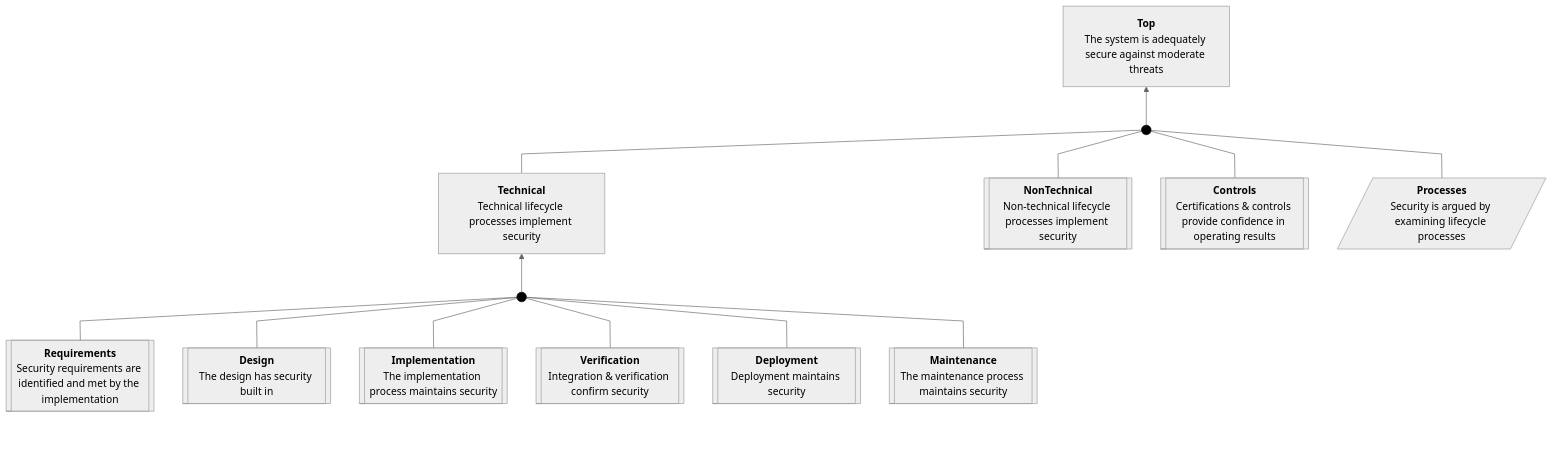
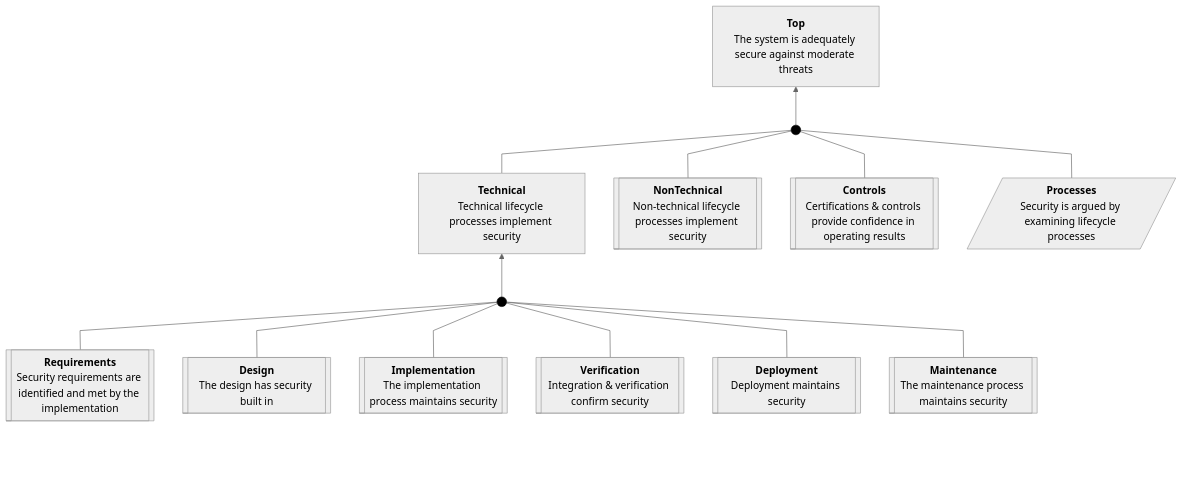
The diagram in tests/fixtures/badgeapp-top.sacm.mermaid.expected.md (david-a-wheeler/verocase), drawn with Mermaid before and after one commit. The commit also changed 8 other files, not shown here.

First line of the commit message:
Fix GSN side-by-side rendering and use per-leaf BottomPadding nodes

````diff
--- a/tests/fixtures/badgeapp-top.sacm.mermaid.expected.md
+++ b/tests/fixtures/badgeapp-top.sacm.mermaid.expected.md
@@ -1,63 +1,63 @@
 ```mermaid
 ---
 config:
   theme: neutral
   flowchart:
     curve: linear
     htmlLabels: true
     rankSpacing: 60
     nodeSpacing: 45
     padding: 15
 ---
 flowchart BT
     classDef invisible opacity:0
     classDef sacmDot fill:#000,stroke:#000
     classDef connector fill:none,stroke:#cccccc,stroke-width:1px;
     classDef abstractClaim stroke-width:2px,stroke-dasharray: 5 5;
     Top["<b>Top</b><br>The system is adequately secure against moderate threats"]
     Processes[/"<b>Processes</b><br>Security is argued by examining lifecycle processes"/]
     Technical["<b>Technical</b><br>Technical lifecycle processes implement security"]
     NonTechnical[["<b>NonTechnical</b><br>Non-technical lifecycle processes implement security"]]
     Controls[["<b>Controls</b><br>Certifications & controls provide confidence in operating results"]]
     Requirements[["<b>Requirements</b><br>Security requirements are identified and met by the implementation"]]
     Design[["<b>Design</b><br>The design has security built in"]]
     Implementation[["<b>Implementation</b><br>The implementation process maintains security"]]
     Verification[["<b>Verification</b><br>Integration & verification confirm security"]]
     Deployment[["<b>Deployment</b><br>Deployment maintains security"]]
     Maintenance[["<b>Maintenance</b><br>The maintenance process maintains security"]]
     Dot1((" ")):::sacmDot
     Dot2((" ")):::sacmDot
     click Top "https://github.com/david-a-wheeler/verocase/blob/main/tests/fixtures/badgeapp-top.sacm.mermaid.expected.md#claim-top"
     click Processes "https://github.com/david-a-wheeler/verocase/blob/main/tests/fixtures/badgeapp-top.sacm.mermaid.expected.md#strategy-processes"
     click Technical "https://github.com/david-a-wheeler/verocase/blob/main/tests/fixtures/badgeapp-top.sacm.mermaid.expected.md#claim-technical"
     click NonTechnical "https://github.com/david-a-wheeler/verocase/blob/main/tests/fixtures/badgeapp-top.sacm.mermaid.expected.md#package-nontechnical"
     click Controls "https://github.com/david-a-wheeler/verocase/blob/main/tests/fixtures/badgeapp-top.sacm.mermaid.expected.md#package-controls"
     click Requirements "https://github.com/david-a-wheeler/verocase/blob/main/tests/fixtures/badgeapp-top.sacm.mermaid.expected.md#package-requirements"
     click Design "https://github.com/david-a-wheeler/verocase/blob/main/tests/fixtures/badgeapp-top.sacm.mermaid.expected.md#package-design"
     click Implementation "https://github.com/david-a-wheeler/verocase/blob/main/tests/fixtures/badgeapp-top.sacm.mermaid.expected.md#package-implementation"
     click Verification "https://github.com/david-a-wheeler/verocase/blob/main/tests/fixtures/badgeapp-top.sacm.mermaid.expected.md#package-verification"
     click Deployment "https://github.com/david-a-wheeler/verocase/blob/main/tests/fixtures/badgeapp-top.sacm.mermaid.expected.md#package-deployment"
     click Maintenance "https://github.com/david-a-wheeler/verocase/blob/main/tests/fixtures/badgeapp-top.sacm.mermaid.expected.md#package-maintenance"
 
-    BottomPadding[ ]:::invisible ~~~ Processes
-    BottomPadding ~~~ NonTechnical
-    BottomPadding ~~~ Controls
-    BottomPadding ~~~ Requirements
-    BottomPadding ~~~ Design
-    BottomPadding ~~~ Implementation
-    BottomPadding ~~~ Verification
-    BottomPadding ~~~ Deployment
-    BottomPadding ~~~ Maintenance
+    BottomPadding1[ ]:::invisible ~~~ Processes
+    BottomPadding2[ ]:::invisible ~~~ NonTechnical
+    BottomPadding3[ ]:::invisible ~~~ Controls
+    BottomPadding4[ ]:::invisible ~~~ Requirements
+    BottomPadding5[ ]:::invisible ~~~ Design
+    BottomPadding6[ ]:::invisible ~~~ Implementation
+    BottomPadding7[ ]:::invisible ~~~ Verification
+    BottomPadding8[ ]:::invisible ~~~ Deployment
+    BottomPadding9[ ]:::invisible ~~~ Maintenance
     Requirements --- Dot1
     Design --- Dot1
     Implementation --- Dot1
     Verification --- Dot1
     Deployment --- Dot1
     Maintenance --- Dot1
     Dot1 --> Technical
     Technical --- Dot2
     NonTechnical --- Dot2
     Controls --- Dot2
     Processes --- Dot2
     Dot2 --> Top
 ```
````
